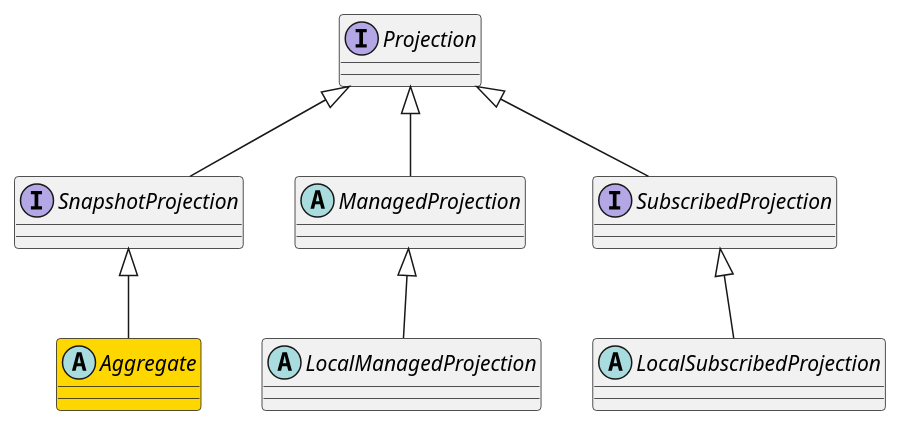
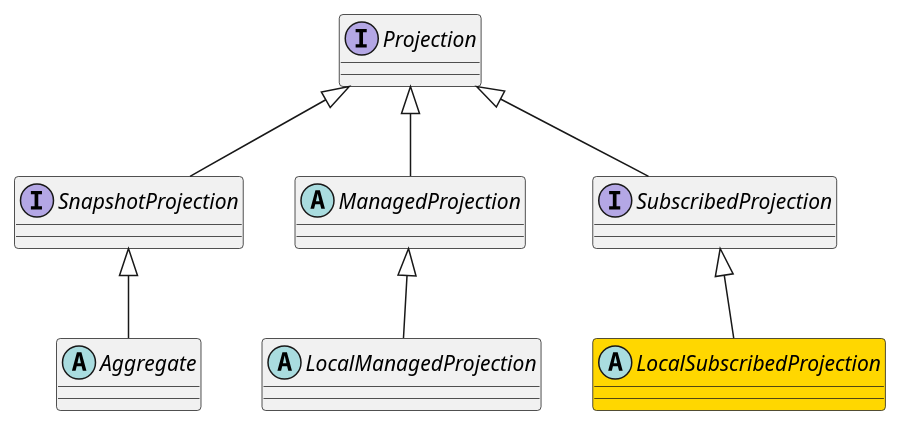
One commit to factcast/factcast changed the diagram in factcast-site/documentation/content/factus/Projections_class.puml. Above: the diagram before and after it, drawn with PlantUML. The commit also changed 9 other files, not shown here.

```diff
--- a/factcast-site/documentation/content/factus/Projections_class.puml
+++ b/factcast-site/documentation/content/factus/Projections_class.puml
@@ -1,24 +1,24 @@
 @startuml
 
 interface Projection
 interface SnapshotProjection
-abstract class Aggregate #gold
+abstract class Aggregate
 
 
 abstract class  ManagedProjection
 abstract class LocalManagedProjection
 
 interface  SubscribedProjection
-abstract class LocalSubscribedProjection
+abstract class LocalSubscribedProjection #gold
 
 Projection <|-- SnapshotProjection
 SnapshotProjection <|-- Aggregate
 
 
 Projection <|-- ManagedProjection
 ManagedProjection <|-- LocalManagedProjection
 
 Projection <|-- SubscribedProjection
 SubscribedProjection  <|-- LocalSubscribedProjection
 
 @enduml
```
